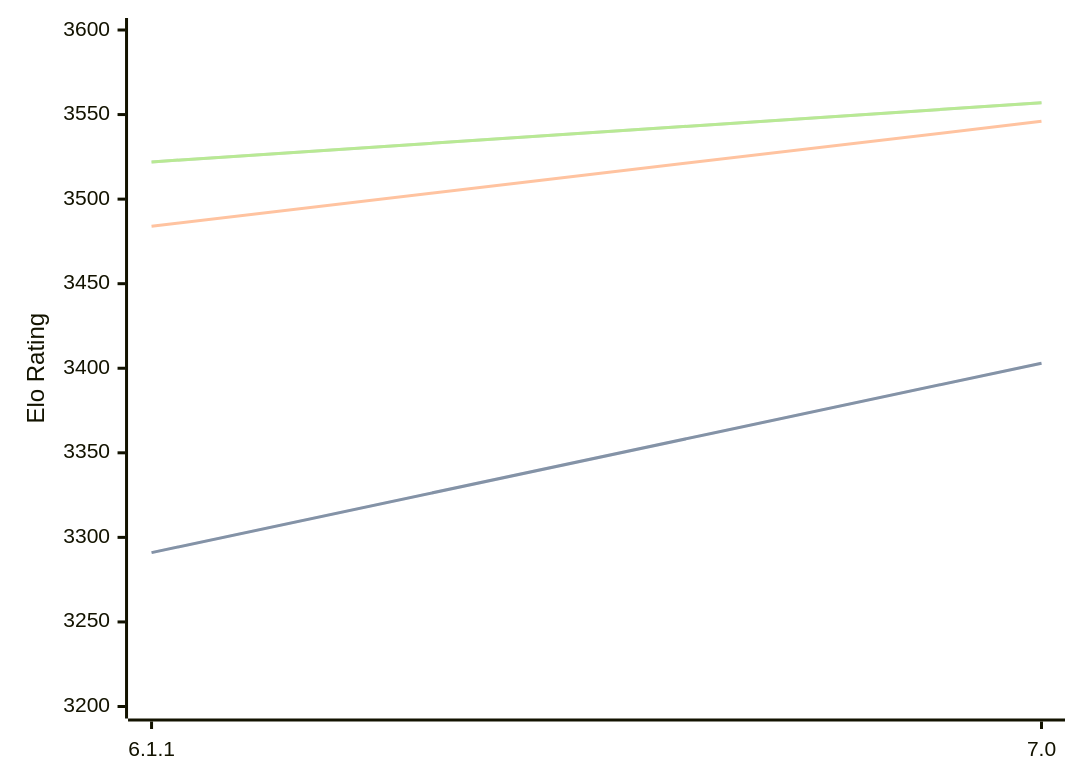
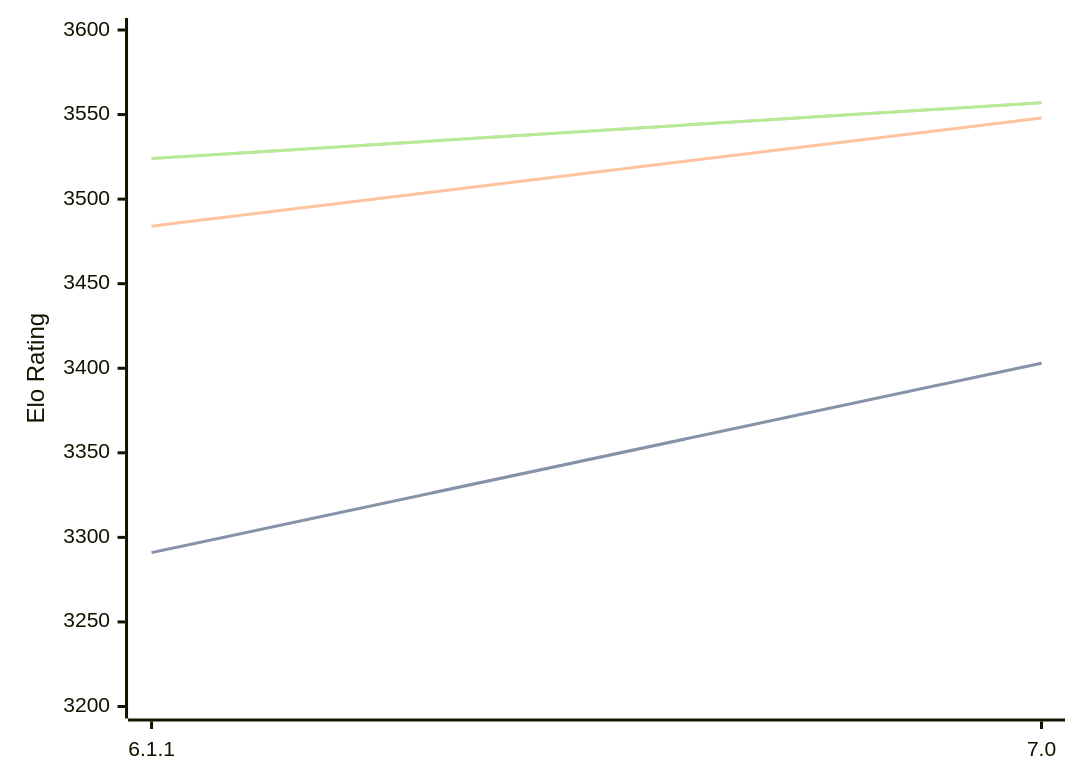
The diagram in engines/Astra.md (computer-chess-index/cci), drawn with Mermaid before and after one commit. The commit also changed other lines of this file, not shown here.

Commit message:
Update CCI Ratings (ELO VLTC) - 2026-10-07

````diff
--- a/engines/Astra.md
+++ b/engines/Astra.md
@@ -32,11 +32,11 @@
 ```mermaid
 %%{init: {"theme":"base","themeVariables":{"seriesColors:['#a3a3a3','#222221','#faa371']}}}%%
 xychart-beta
   x-axis ["6.1.1", "7.0"]
   y-axis "Elo Rating" 3200 --> 3600
   line "" [3291, 3403]
   line "STC (8.0+0.08s)" [3291, 3403]
-  line "LTC (60.0+0.60s)" [3484, 3546]
-  line "" [3522, 3557]
-  line "VLTC (2m24s+1.12s)" [3522, 3557]
+  line "LTC (60.0+0.60s)" [3484, 3548]
+  line "" [3524, 3557]
+  line "VLTC (2m24s+1.12s)" [3524, 3557]
 ```
````
